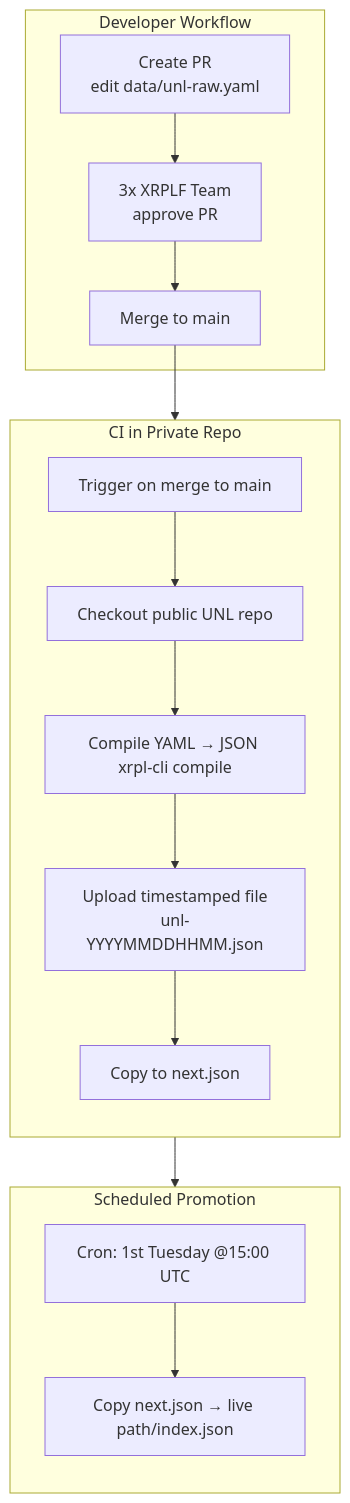
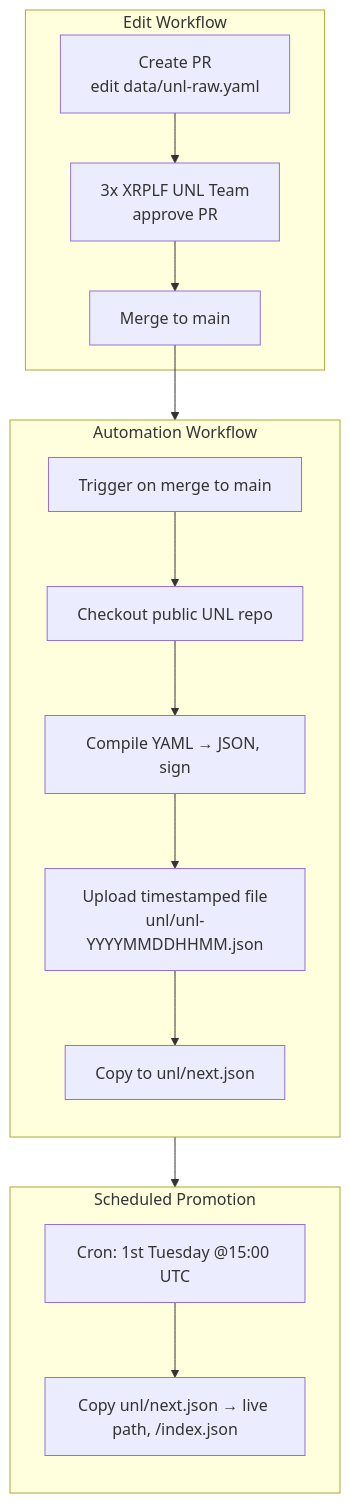
The diagram in readme.md (XRPLF/unl), drawn with Mermaid before and after one commit.

Commit message:
docs: update titles

````diff
--- a/readme.md
+++ b/readme.md
@@ -17,27 +17,27 @@
 ```mermaid
 flowchart TD
-  subgraph Dev[Developer Workflow]
+  subgraph Dev[Edit Workflow]
     A1[Create PR<br/>edit data/unl-raw.yaml]
-    A2[3x XRPLF Team<br/>approve PR]
+    A2[3x XRPLF UNL Team<br/>approve PR]
     A3[Merge to main]
   end
 
-  subgraph CI["CI in Private Repo"]
+  subgraph CI["Automation Workflow"]
     direction TB
     B1[Trigger on merge to main]
     B2[Checkout public UNL repo]
-    B3[Compile YAML → JSON xrpl-cli compile]
-    B4[Upload timestamped file<br/>unl-YYYYMMDDHHMM.json]
-    B5[Copy to next.json]
+    B3[Compile YAML → JSON, sign]
+    B4[Upload timestamped file<br/>unl/unl-YYYYMMDDHHMM.json]
+    B5[Copy to unl/next.json]
   end
 
   subgraph Scheduler["Scheduled Promotion"]
     direction TB
     C1[Cron: 1st Tuesday @15:00 UTC]
-    C2[Copy next.json → live path/index.json]
+    C2[Copy unl/next.json → live path, /index.json]
   end
 
   A1 --> A2 --> A3 --> B1
   B1 --> B2 --> B3 --> B4 --> B5 --> C1
   C1 --> C2
 ```
````
